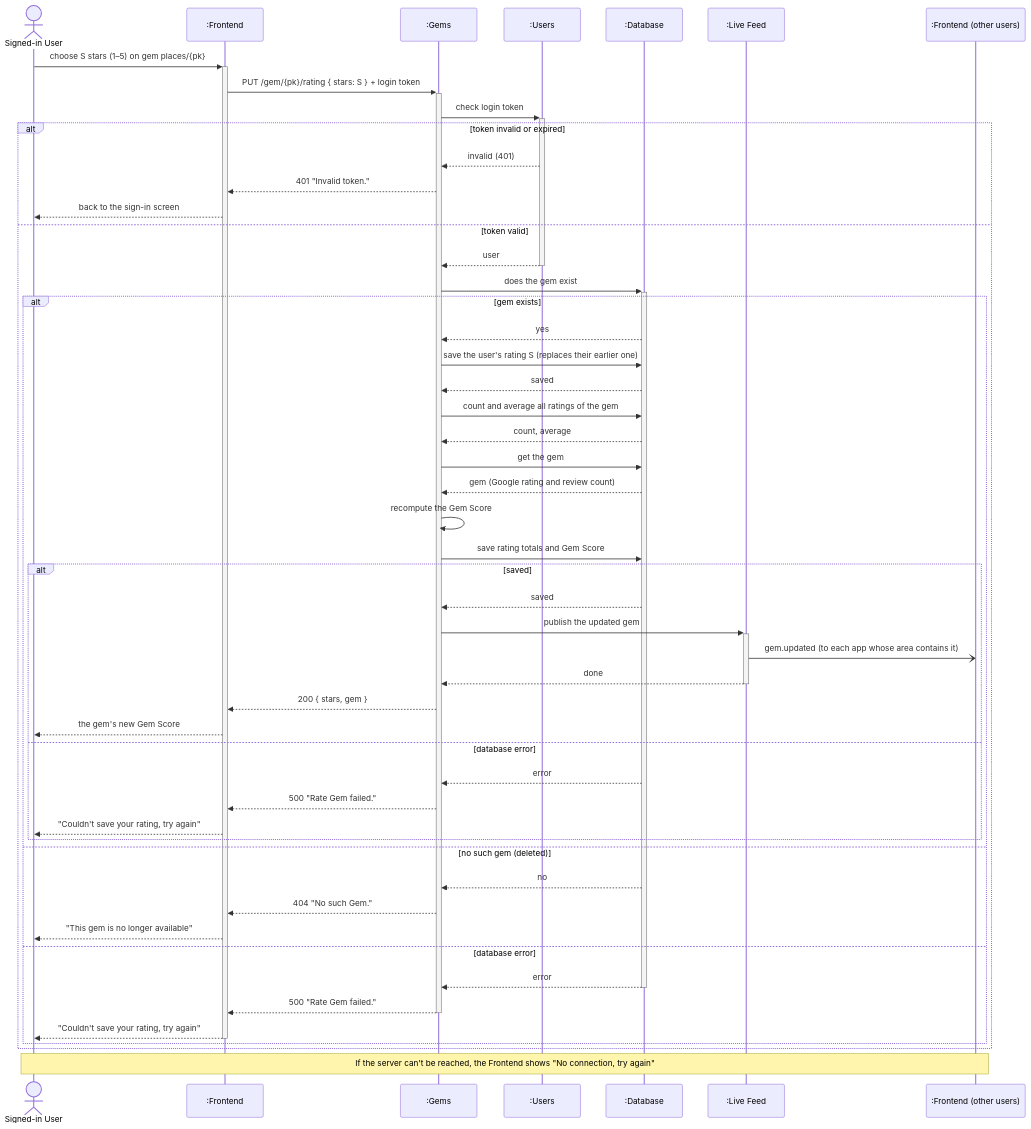
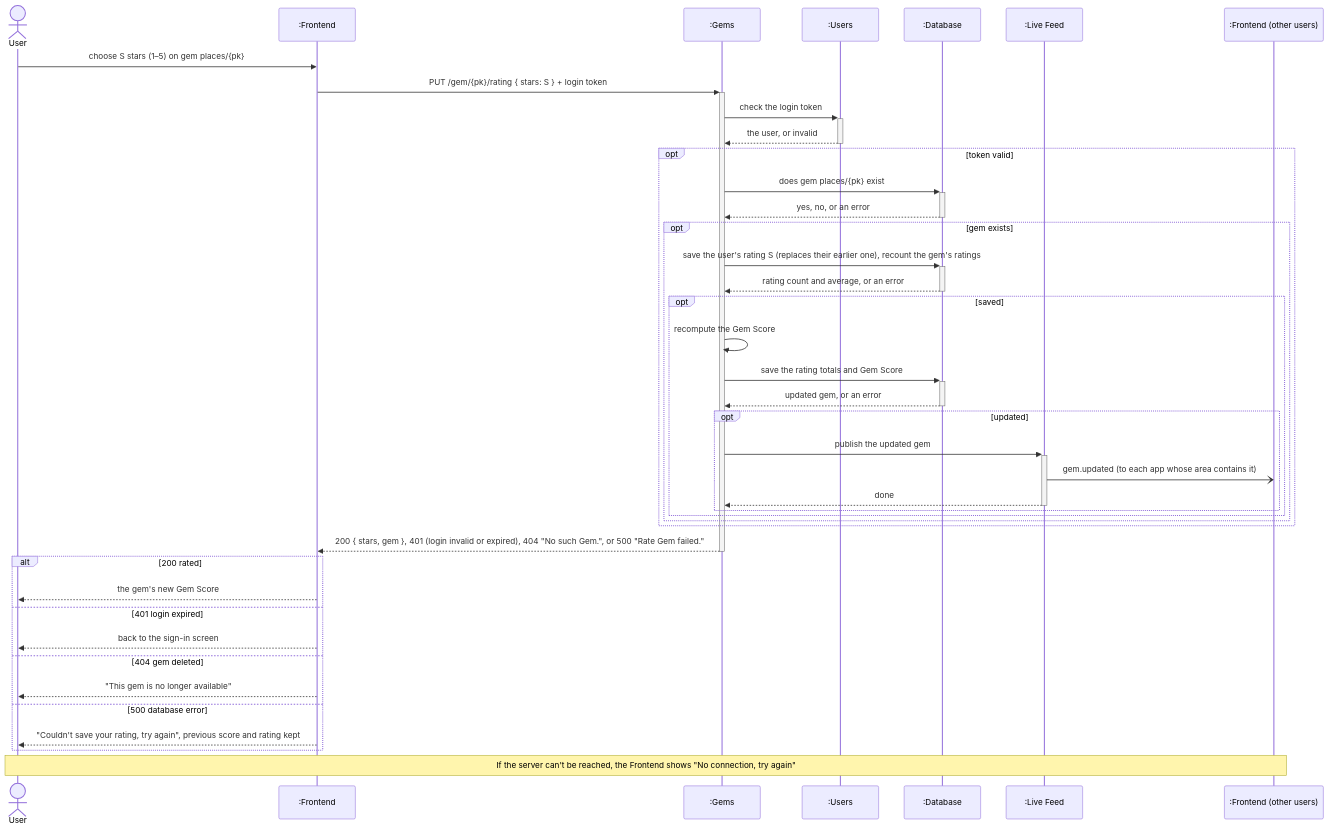
One commit to ubc-cpen-321-excavator/excavator changed the diagram in documentation/diagrams/uc3_contribute_to_gemscore.mmd. Above: the diagram before and after it, drawn with Mermaid. The commit also changed 23 other files, not shown here.

Commit message:
docs: redo the design diagrams after CP2 feedback

```diff
--- a/documentation/diagrams/uc3_contribute_to_gemscore.mmd
+++ b/documentation/diagrams/uc3_contribute_to_gemscore.mmd
@@ -1,52 +1,42 @@
 sequenceDiagram
-  actor U as Signed-in User
+  actor U as User
   participant F as :Frontend
   participant G as :Gems
   participant US as :Users
   participant DB as :Database
   participant LF as :Live Feed
   participant OF as :Frontend (other users)
 
-  U->>+F: choose S stars (1–5) on gem places/{pk}
+  U->>F: choose S stars (1–5) on gem places/{pk}
   F->>+G: PUT /gem/{pk}/rating { stars: S } + login token
-  G->>+US: check login token
-  alt token invalid or expired
-    US-->>G: invalid (401)
-    G-->>F: 401 "Invalid token."
-    F-->>U: back to the sign-in screen
-  else token valid
-    US-->>-G: user
-    G->>+DB: does the gem exist
-    alt gem exists
-      DB-->>G: yes
-      G->>DB: save the user's rating S (replaces their earlier one)
-      DB-->>G: saved
-      G->>DB: count and average all ratings of the gem
-      DB-->>G: count, average
-      G->>DB: get the gem
-      DB-->>G: gem (Google rating and review count)
-      G->>G: recompute the Gem Score
-      G->>DB: save rating totals and Gem Score
-      alt saved
-        DB-->>G: saved
-        G->>+LF: publish the updated gem
-        LF-)OF: gem.updated (to each app whose area contains it)
-        LF-->>-G: done
-        G-->>F: 200 { stars, gem }
-        F-->>U: the gem's new Gem Score
-      else database error
-        DB-->>G: error
-        G-->>F: 500 "Rate Gem failed."
-        F-->>U: "Couldn't save your rating, try again"
+  G->>+US: check the login token
+  US-->>-G: the user, or invalid
+  opt token valid
+    G->>+DB: does gem places/{pk} exist
+    DB-->>-G: yes, no, or an error
+    opt gem exists
+      G->>+DB: save the user's rating S (replaces their earlier one), recount the gem's ratings
+      DB-->>-G: rating count and average, or an error
+      opt saved
+        G->>G: recompute the Gem Score
+        G->>+DB: save the rating totals and Gem Score
+        DB-->>-G: updated gem, or an error
+        opt updated
+          G->>+LF: publish the updated gem
+          LF-)OF: gem.updated (to each app whose area contains it)
+          LF-->>-G: done
+        end
       end
-    else no such gem (deleted)
-      DB-->>G: no
-      G-->>F: 404 "No such Gem."
-      F-->>U: "This gem is no longer available"
-    else database error
-      DB-->>-G: error
-      G-->>-F: 500 "Rate Gem failed."
-      F-->>-U: "Couldn't save your rating, try again"
     end
   end
+  G-->>-F: 200 { stars, gem }, 401 (login invalid or expired), 404 "No such Gem.", or 500 "Rate Gem failed."
+  alt 200 rated
+    F-->>U: the gem's new Gem Score
+  else 401 login expired
+    F-->>U: back to the sign-in screen
+  else 404 gem deleted
+    F-->>U: "This gem is no longer available"
+  else 500 database error
+    F-->>U: "Couldn't save your rating, try again", previous score and rating kept
+  end
   Note over U,OF: If the server can't be reached, the Frontend shows "No connection, try again"
```
